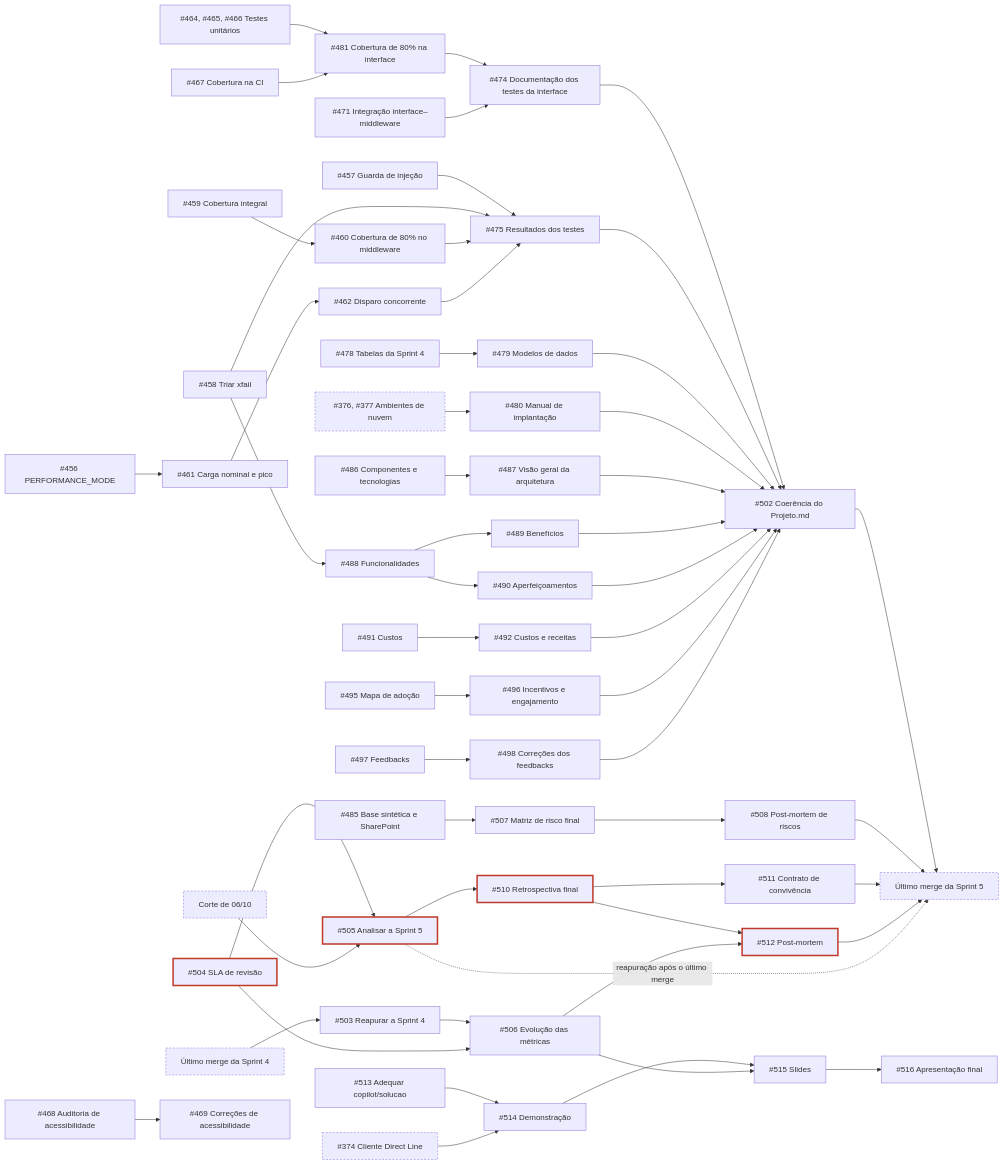
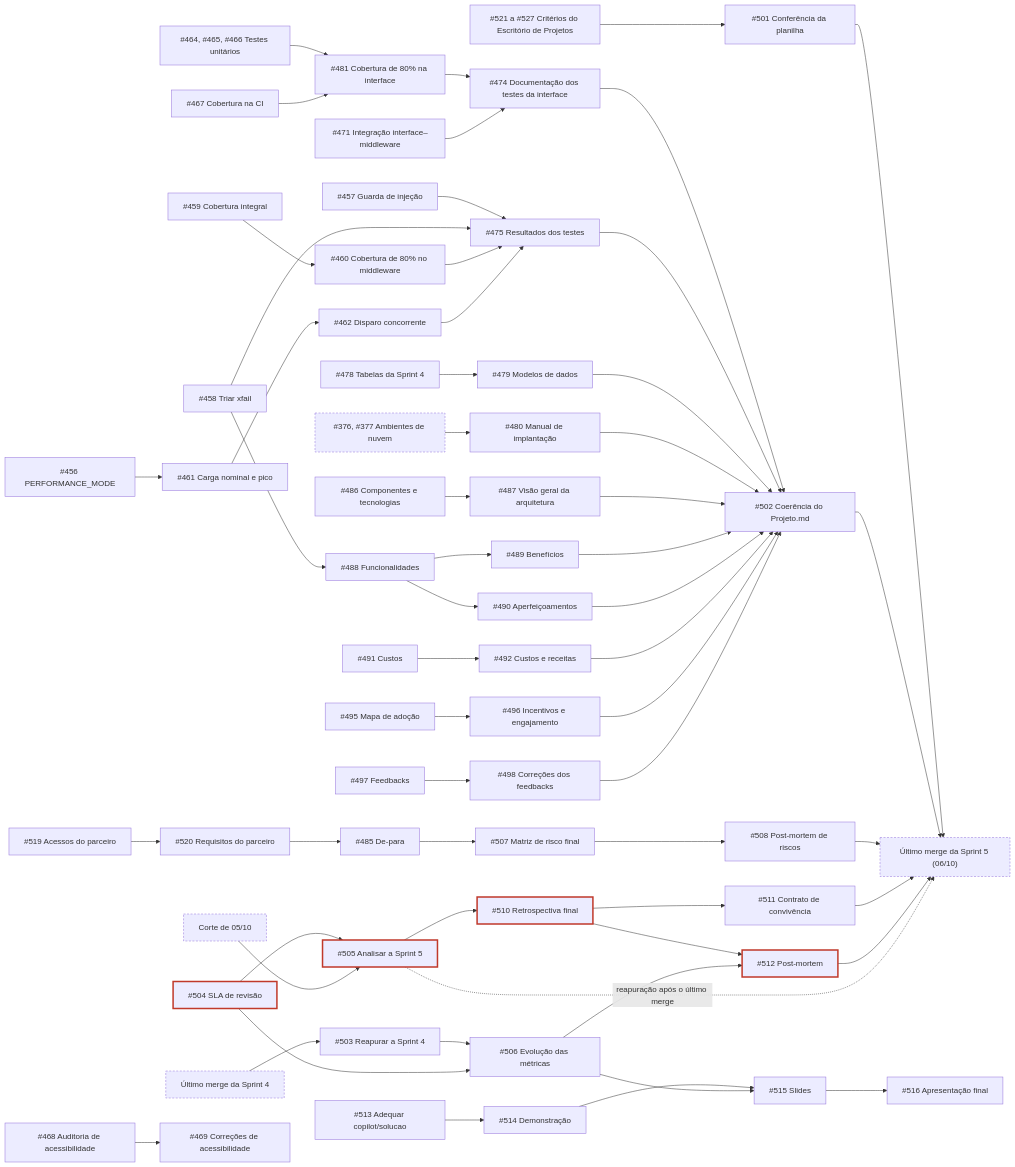
The diagram in docs/GestaoProjeto.md (Kdu07/agente-ia-portfolio-metro), drawn with Mermaid before and after one commit. The commit also changed other lines of this file, not shown here.

Commit message:
docs: alinhar o planejamento da sprint 5 ao cronograma da planning (#528)

````diff
--- a/docs/GestaoProjeto.md
+++ b/docs/GestaoProjeto.md
@@ -1655,34 +1685,34 @@
 ```mermaid
 flowchart LR
     classDef critico stroke-width:3px,stroke:#c0392b
     classDef externo stroke-dasharray:4 3
     F4["Último merge da Sprint 4"] --> I503["#503 Reapurar a Sprint 4"]
     I504["#504 SLA de revisão"] --> I505["#505 Analisar a Sprint 5"]
-    CORTE["Corte de 06/10"] --> I505
+    CORTE["Corte de 05/10"] --> I505
     I503 & I504 --> I506["#506 Evolução das métricas"]
     I505 --> I510["#510 Retrospectiva final"]
     I510 --> I511["#511 Contrato de convivência"]
     I510 & I506 --> I512["#512 Post-mortem"]
-    I485["#485 Base sintética e SharePoint"] --> I507["#507 Matriz de risco final"] --> I508["#508 Post-mortem de riscos"]
+    I519["#519 Acessos do parceiro"] --> I520["#520 Requisitos do parceiro"] --> I485["#485 De-para"] --> I507["#507 Matriz de risco final"] --> I508["#508 Post-mortem de riscos"]
     I513["#513 Adequar copilot/solucao"] --> I514["#514 Demonstração"]
-    DL["#374 Cliente Direct Line"] --> I514
     I514 & I506 --> I515["#515 Slides"] --> I516["#516 Apresentação final"]
     I495["#495 Mapa de adoção"] --> I496["#496 Incentivos e engajamento"]
     I456["#456 PERFORMANCE_MODE"] --> I461["#461 Carga nominal e pico"] --> I462["#462 Disparo concorrente"]
     I459["#459 Cobertura integral"] --> I460["#460 Cobertura de 80% no middleware"]
     I457["#457 Guarda de injeção"] & I458["#458 Triar xfail"] & I460 & I462 --> I475["#475 Resultados dos testes"]
     I458 --> I488["#488 Funcionalidades"] --> I489["#489 Benefícios"] & I490["#490 Aperfeiçoamentos"]
     I464["#464, #465, #466 Testes unitários"] & I467["#467 Cobertura na CI"] --> I481["#481 Cobertura de 80% na interface"]
     I481 & I471["#471 Integração interface–middleware"] --> I474["#474 Documentação dos testes da interface"]
     I468["#468 Auditoria de acessibilidade"] --> I469["#469 Correções de acessibilidade"]
     I478["#478 Tabelas da Sprint 4"] --> I479["#479 Modelos de dados"]
     I486["#486 Componentes e tecnologias"] --> I487["#487 Visão geral da arquitetura"]
     I491["#491 Custos"] --> I492["#492 Custos e receitas"]
     I497["#497 Feedbacks"] --> I498["#498 Correções dos feedbacks"]
+    EP["#521 a #527 Critérios do Escritório de Projetos"] --> I501["#501 Conferência da planilha"]
     AMB["#376, #377 Ambientes de nuvem"] --> I480["#480 Manual de implantação"]
     I474 & I475 & I479 & I480 & I487 & I489 & I490 & I492 & I496 & I498 --> I502["#502 Coerência do Projeto.md"]
-    I502 & I508 & I511 & I512 --> FIM["Último merge da Sprint 5"]
+    I501 & I502 & I508 & I511 & I512 --> FIM["Último merge da Sprint 5 (06/10)"]
     I505 -. "reapuração após o último merge" .-> FIM
     class I504,I505,I510,I512 critico
-    class F4,CORTE,DL,AMB,FIM externo
+    class F4,CORTE,AMB,FIM externo
 ```
````
